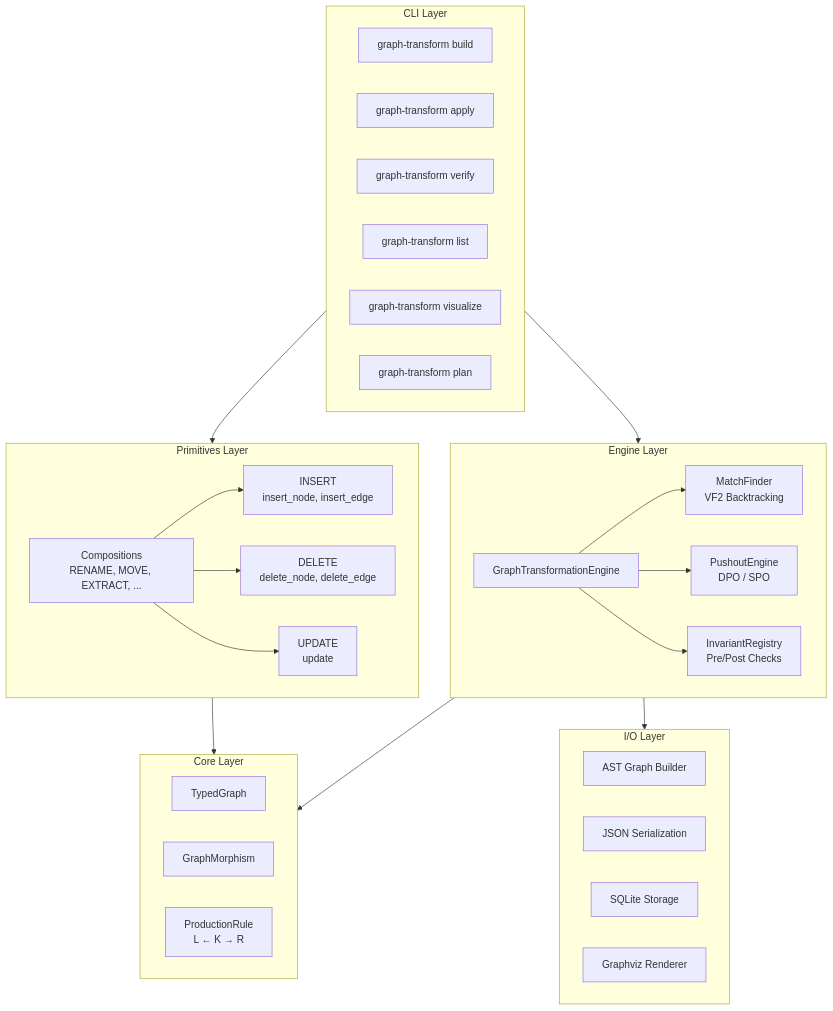
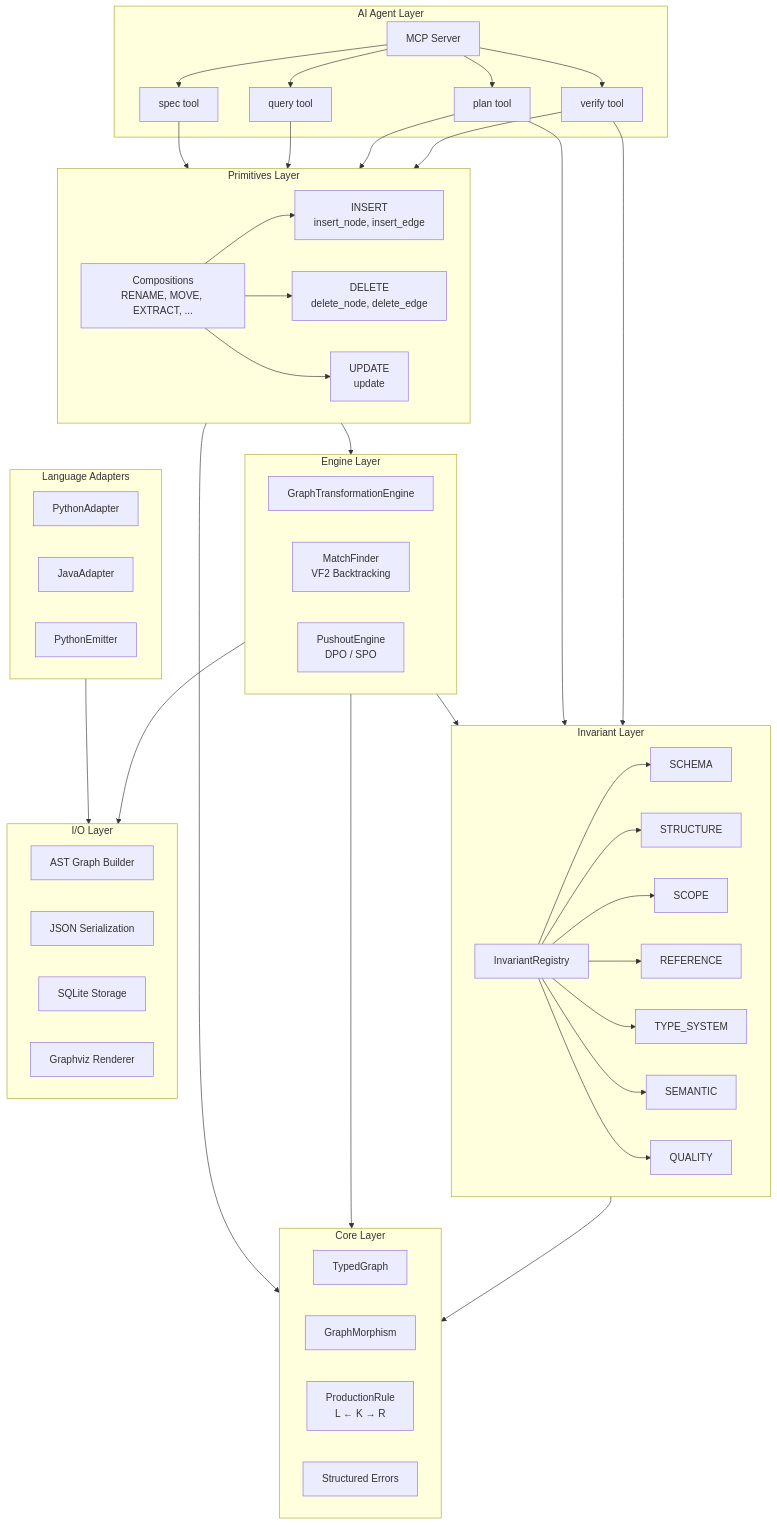
The first of 5 diagrams in ARCHITECTURE.md (toreleon/graph-transform), drawn with Mermaid before and after one commit. The commit also changed other lines of this file and 32 other files, not shown here.

````diff
--- a/ARCHITECTURE.md
+++ b/ARCHITECTURE.md
@@ -7,50 +7,68 @@
 ```mermaid
 flowchart TB
-    subgraph CLI["CLI Layer"]
-        build[graph-transform build]
-        apply[graph-transform apply]
-        verify[graph-transform verify]
-        list[graph-transform list]
-        visualize[graph-transform visualize]
-        plan[graph-transform plan]
-    end
-
-    subgraph Engine["Engine Layer"]
-        GTE[GraphTransformationEngine]
-        MF[MatchFinder<br/>VF2 Backtracking]
-        PE[PushoutEngine<br/>DPO / SPO]
-        IR[InvariantRegistry<br/>Pre/Post Checks]
+    subgraph Agents["AI Agent Layer"]
+        MCP[MCP Server]
+        spec[spec tool]
+        query[query tool]
+        plan[plan tool]
+        verify[verify tool]
     end
 
     subgraph Primitives["Primitives Layer"]
         INSERT[INSERT<br/>insert_node, insert_edge]
         DELETE[DELETE<br/>delete_node, delete_edge]
         UPDATE[UPDATE<br/>update]
         COMP[Compositions<br/>RENAME, MOVE, EXTRACT, ...]
     end
 
+    subgraph Engine["Engine Layer"]
+        GTE[GraphTransformationEngine]
+        MF[MatchFinder<br/>VF2 Backtracking]
+        PE[PushoutEngine<br/>DPO / SPO]
+    end
+
+    subgraph Invariants["Invariant Layer"]
+        IR[InvariantRegistry]
+        L0[SCHEMA]
+        L1[STRUCTURE]
+        L2[SCOPE]
+        L3[REFERENCE]
+        L4[TYPE_SYSTEM]
+        L5[SEMANTIC]
+        L6[QUALITY]
+    end
+
     subgraph Core["Core Layer"]
         TG[TypedGraph]
         GM[GraphMorphism]
         PR[ProductionRule<br/>L ← K → R]
+        ERR[Structured Errors]
+    end
+
+    subgraph Languages["Language Adapters"]
+        PY[PythonAdapter]
+        JAVA[JavaAdapter]
+        EMIT[PythonEmitter]
     end
 
     subgraph IO["I/O Layer"]
         Builder[AST Graph Builder]
         JSON[JSON Serialization]
         SQLite[SQLite Storage]
         Viz[Graphviz Renderer]
     end
 
-    CLI --> Primitives
-    CLI --> Engine
+    MCP --> spec & query & plan & verify
+    spec & query & plan & verify --> Primitives
     Primitives --> Core
+    Primitives --> Engine
     Engine --> Core
+    Engine --> Invariants
+    Invariants --> Core
+    plan --> Invariants
+    verify --> Invariants
+    Languages --> IO
     Engine --> IO
-    GTE --> MF
-    GTE --> PE
-    GTE --> IR
-    COMP --> INSERT
-    COMP --> DELETE
-    COMP --> UPDATE
+    COMP --> INSERT & DELETE & UPDATE
+    IR --> L0 & L1 & L2 & L3 & L4 & L5 & L6
 ```
````
